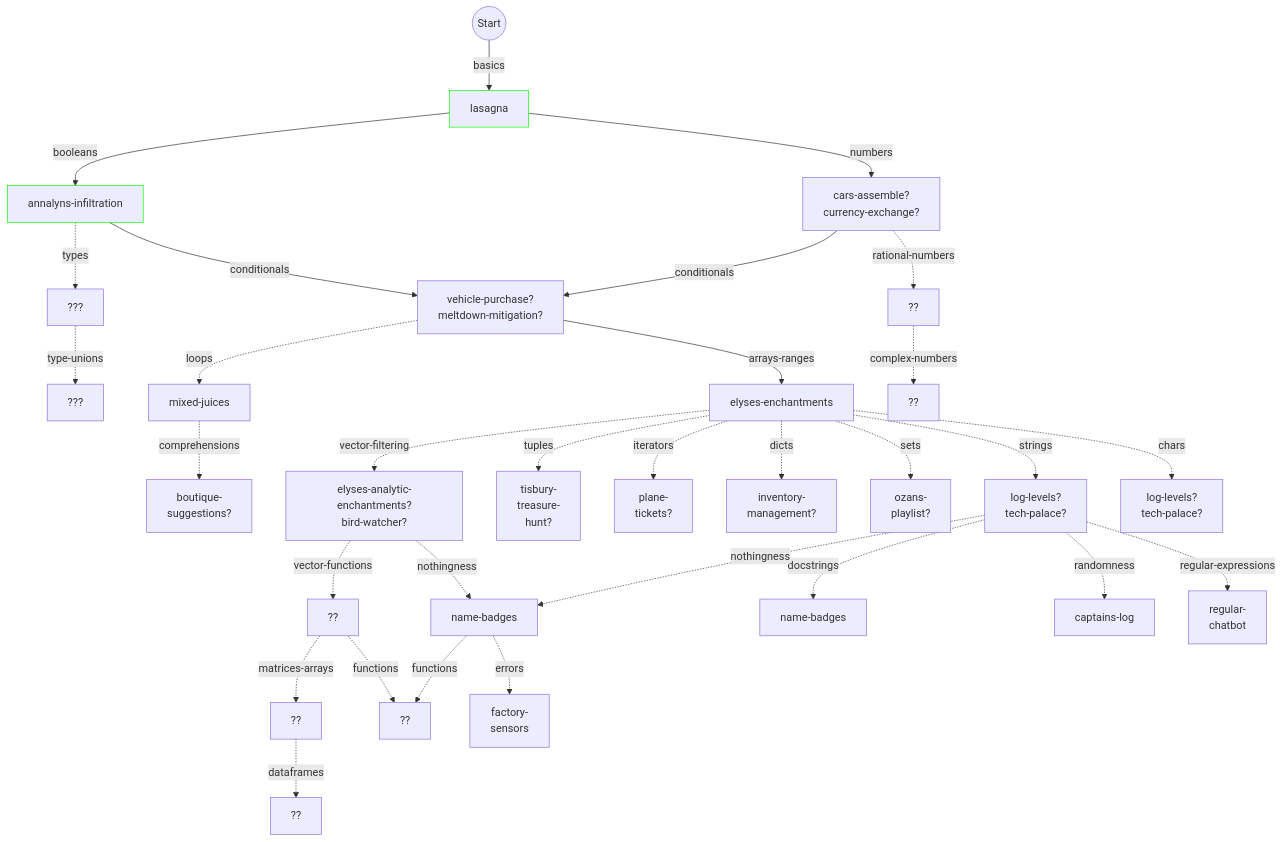
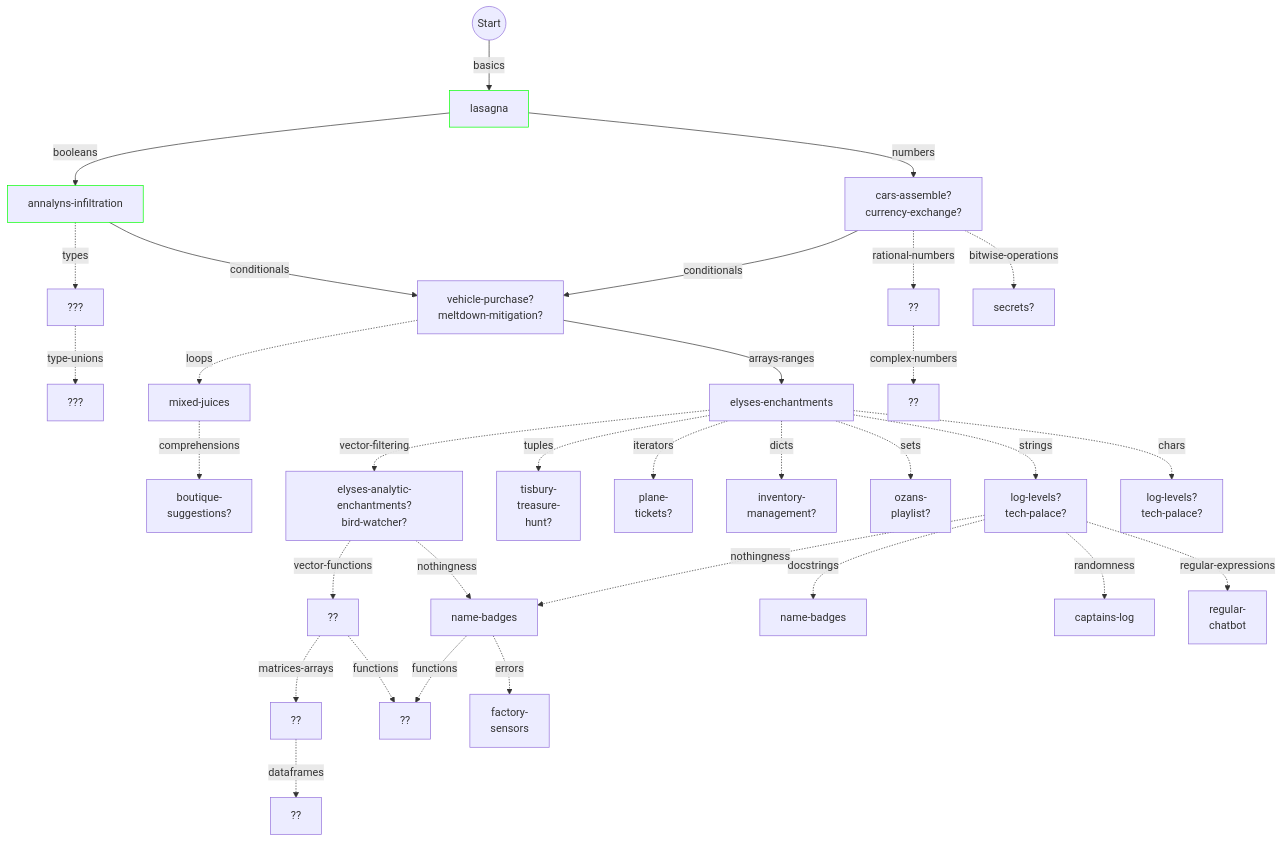
The diagram in julia/flowchart.md (colinleach/learning-track-doodles), drawn with Mermaid before and after one commit.

Commit message:
flowchart

```diff
--- a/julia/flowchart.md
+++ b/julia/flowchart.md
@@ -82,6 +82,9 @@
 numbers -.rational-numbers.-> rational-numbers["??"]
 %% style rational-numbers fill:#0f0
 
+numbers -.bitwise-operations.-> bitwise-operations["secrets?"]
+%% style bitwise-operations fill:#0f0
+
 rational-numbers -.complex-numbers.-> complex-numbers["??"]
 %% style complex-numbers fill:#0f0
 
```
